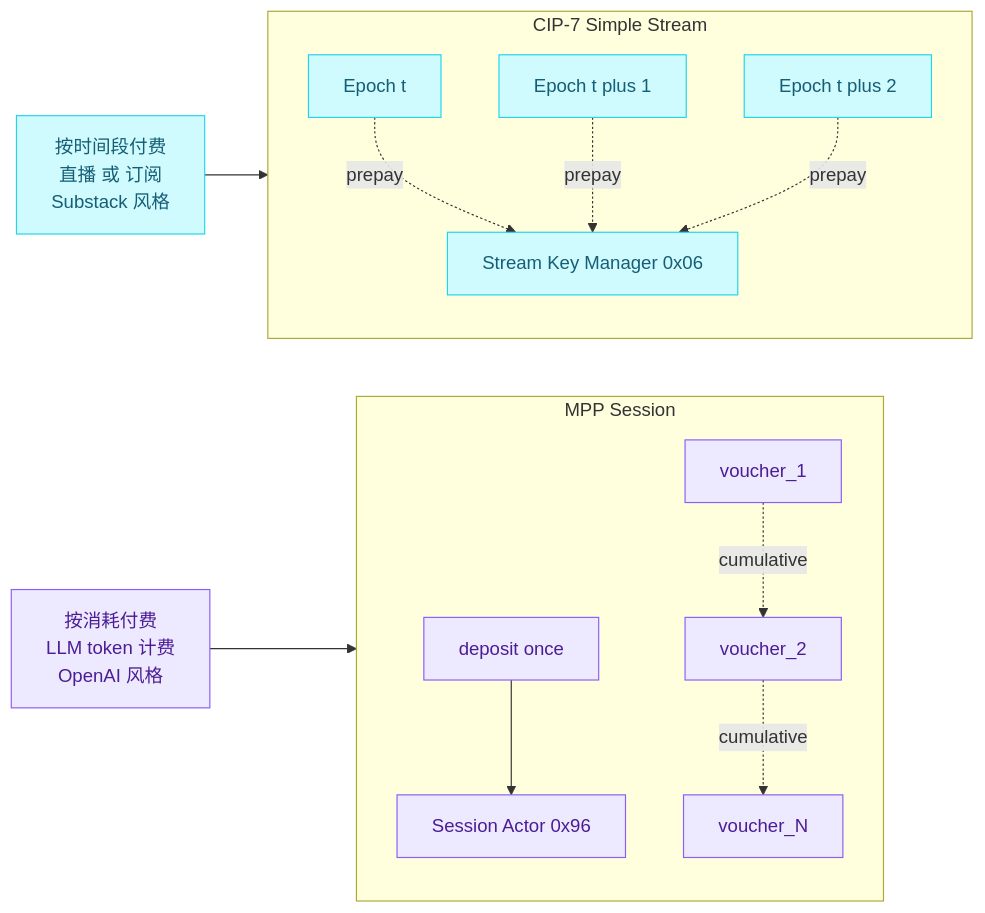
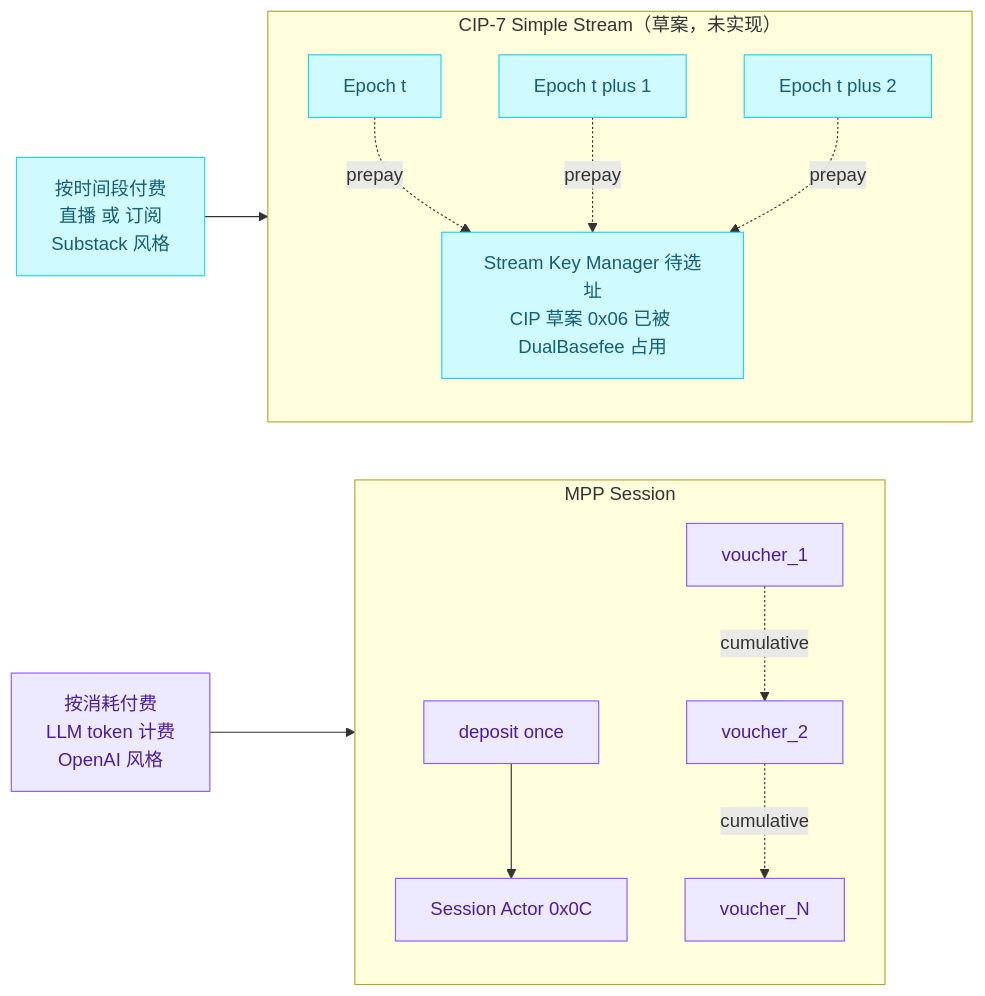
The tenth of 11 diagrams in runner/2026-04-28_MPP_Session_Research.md (shawhanken/refs), drawn with Mermaid before and after one commit. The commit also changed other lines of this file and 5 other files, not shown here.

````diff
--- a/runner/2026-04-28_MPP_Session_Research.md
+++ b/runner/2026-04-28_MPP_Session_Research.md
@@ -638,33 +640,33 @@
 ```mermaid
 flowchart LR
-    subgraph CIP7["CIP-7 Simple Stream"]
+    subgraph CIP7["CIP-7 Simple Stream（草案，未实现）"]
         direction TB
-        K["Stream Key Manager 0x06"]
+        K["Stream Key Manager 待选址<br/>CIP 草案 0x06 已被 DualBasefee 占用"]
         E1["Epoch t"]
         E2["Epoch t plus 1"]
         E3["Epoch t plus 2"]
         E1 -.->|"prepay"| K
         E2 -.->|"prepay"| K
         E3 -.->|"prepay"| K
     end
 
     subgraph MPPSESS["MPP Session"]
         direction TB
-        SA2["Session Actor 0x96"]
+        SA2["Session Actor 0x0C"]
         D1["deposit once"]
         V1["voucher_1"]
         V2["voucher_2"]
         VN["voucher_N"]
         D1 --> SA2
         V1 -.->|"cumulative"| V2
         V2 -.->|"cumulative"| VN
     end
 
     UC1["按时间段付费<br/>直播 或 订阅<br/>Substack 风格"] --> CIP7
     UC2["按消耗付费<br/>LLM token 计费<br/>OpenAI 风格"] --> MPPSESS
 
     classDef cip7 fill:#cffafe,stroke:#22d3ee,color:#155e75
     classDef mpp fill:#ede9fe,stroke:#8b5cf6,color:#4c1d95
     class K,E1,E2,E3,UC1 cip7
     class SA2,D1,V1,V2,VN,UC2 mpp
 ```
````
